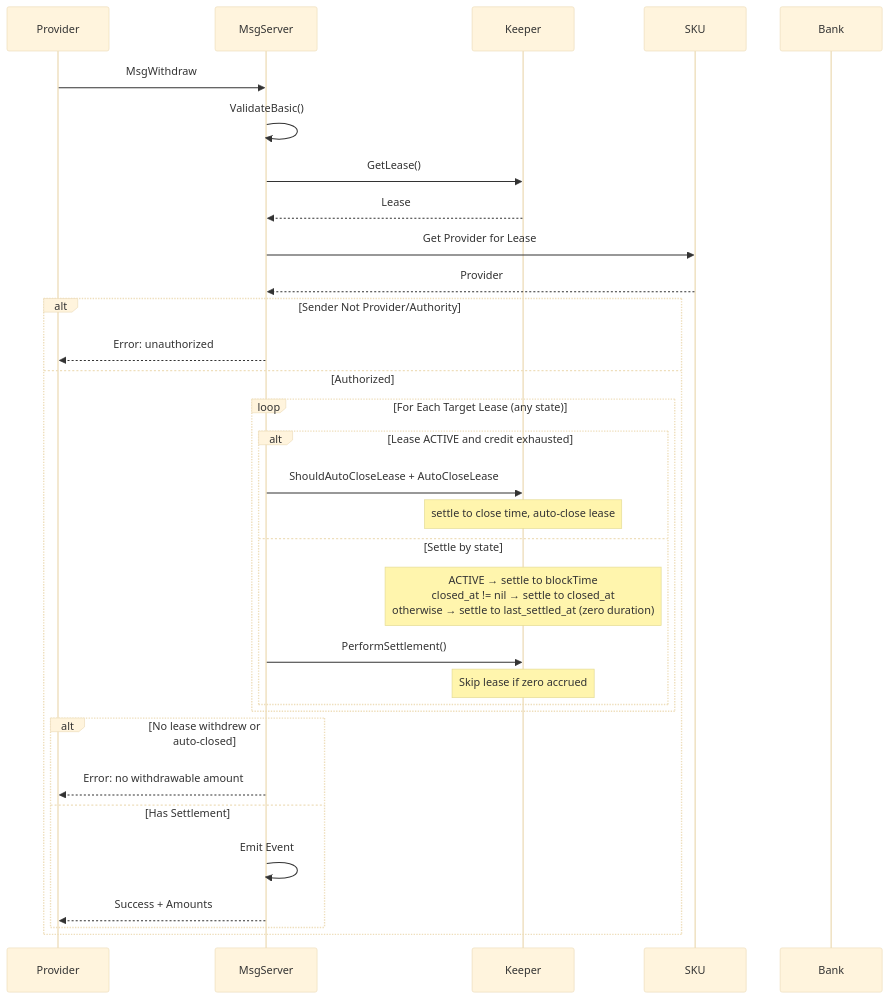
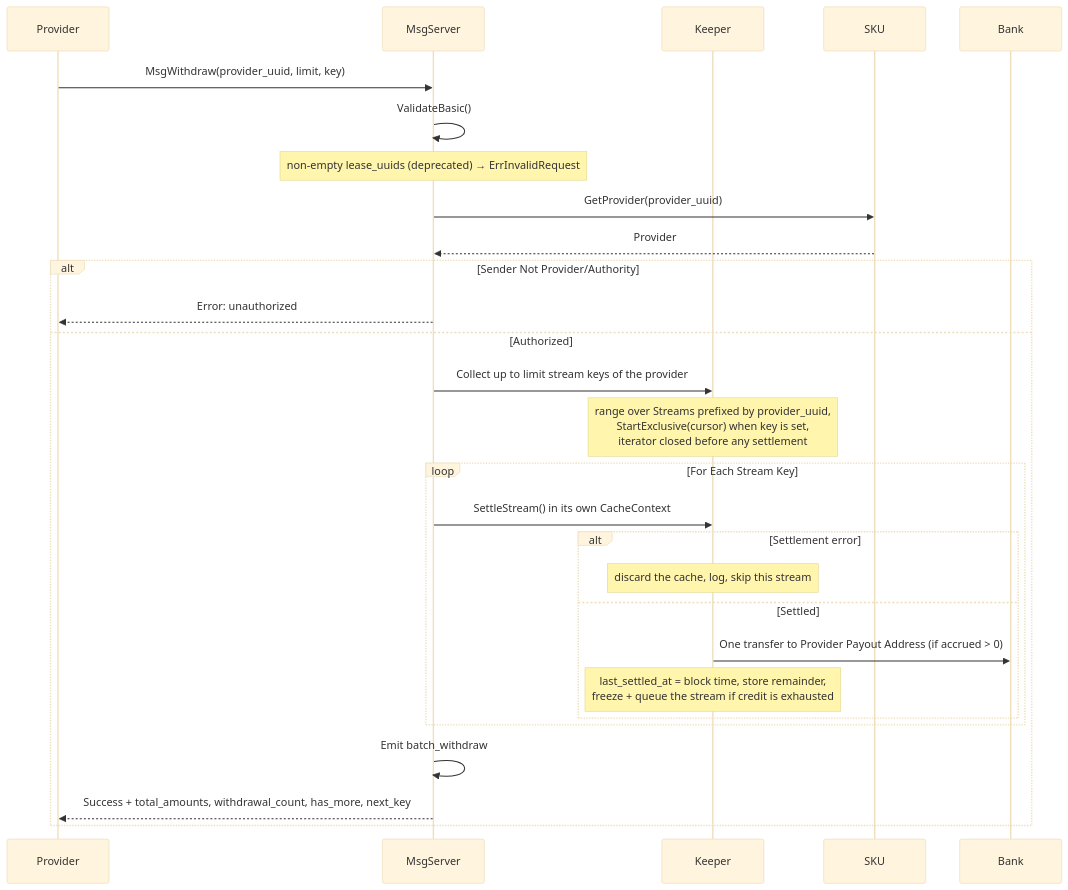
Before and after one commit to manifest-network/manifest-ledger: diagram 11 of 13 in x/billing/docs/ARCHITECTURE.md, drawn with Mermaid (base theme). The commit also changed other lines of this file and 73 other files, not shown here.

````diff
--- a/x/billing/docs/ARCHITECTURE.md
+++ b/x/billing/docs/ARCHITECTURE.md
@@ -492,38 +562,35 @@
 ```mermaid
 sequenceDiagram
     participant Provider
     participant MsgServer
     participant Keeper
     participant SKU
     participant Bank
     
-    Provider->>MsgServer: MsgWithdraw
+    Provider->>MsgServer: MsgWithdraw(provider_uuid, limit, key)
     MsgServer->>MsgServer: ValidateBasic()
-    MsgServer->>Keeper: GetLease()
-    Keeper-->>MsgServer: Lease
+    Note over MsgServer: non-empty lease_uuids (deprecated) → ErrInvalidRequest
     
-    MsgServer->>SKU: Get Provider for Lease
+    MsgServer->>SKU: GetProvider(provider_uuid)
     SKU-->>MsgServer: Provider
     
     alt Sender Not Provider/Authority
         MsgServer-->>Provider: Error: unauthorized
     else Authorized
-        loop For Each Target Lease (any state)
-            alt Lease ACTIVE and credit exhausted
-                MsgServer->>Keeper: ShouldAutoCloseLease + AutoCloseLease
-                Note over Keeper: settle to close time, auto-close lease
-            else Settle by state
-                Note over Keeper: ACTIVE → settle to blockTime<br/>closed_at != nil → settle to closed_at<br/>otherwise → settle to last_settled_at (zero duration)
-                MsgServer->>Keeper: PerformSettlement()
-                Note over Keeper: Skip lease if zero accrued
+        MsgServer->>Keeper: Collect up to limit stream keys of the provider
+        Note over Keeper: range over Streams prefixed by provider_uuid,<br/>StartExclusive(cursor) when key is set,<br/>iterator closed before any settlement
+        
+        loop For Each Stream Key
+            MsgServer->>Keeper: SettleStream() in its own CacheContext
+            alt Settlement error
+                Note over Keeper: discard the cache, log, skip this stream
+            else Settled
+                Keeper->>Bank: One transfer to Provider Payout Address (if accrued > 0)
+                Note over Keeper: last_settled_at = block time, store remainder,<br/>freeze + queue the stream if credit is exhausted
             end
         end
         
-        alt No lease withdrew or auto-closed
-            MsgServer-->>Provider: Error: no withdrawable amount
-        else Has Settlement
-            MsgServer->>MsgServer: Emit Event
-            MsgServer-->>Provider: Success + Amounts
-        end
+        MsgServer->>MsgServer: Emit batch_withdraw
+        MsgServer-->>Provider: Success + total_amounts, withdrawal_count, has_more, next_key
     end
 ```
````
